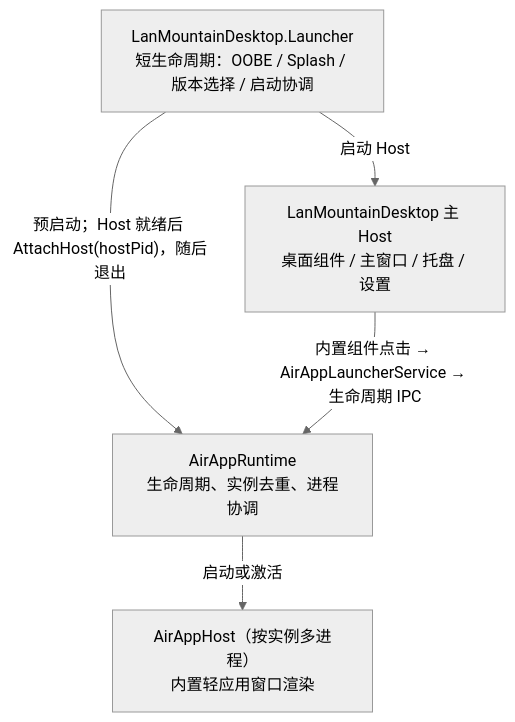
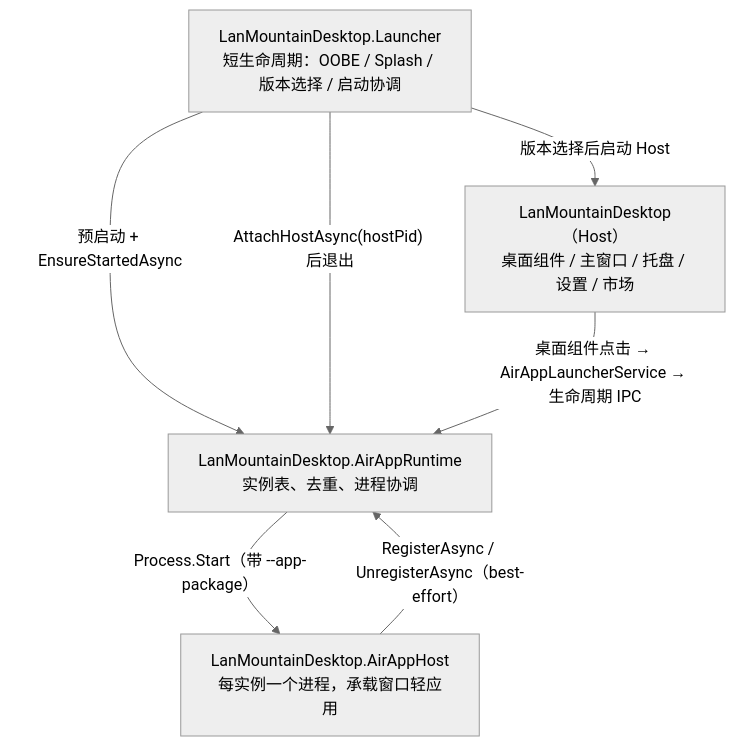
The diagram in docs/04-架构与实现/01-整体架构.md (wwiinnddyy/LanMountainDesktop), drawn with Mermaid (neutral theme) before and after one commit. The commit also changed other lines of this file and 14 other files, not shown here.

````diff
--- a/docs/04-架构与实现/01-整体架构.md
+++ b/docs/04-架构与实现/01-整体架构.md
@@ -9,12 +33,14 @@
 ```mermaid
 flowchart TD
     L["LanMountainDesktop.Launcher<br/>短生命周期：OOBE / Splash / 版本选择 / 启动协调"]
-    H["LanMountainDesktop 主 Host<br/>桌面组件 / 主窗口 / 托盘 / 设置"]
-    R["AirAppRuntime<br/>生命周期、实例去重、进程协调"]
-    A["AirAppHost（按实例多进程）<br/>内置轻应用窗口渲染"]
+    H["LanMountainDesktop（Host）<br/>桌面组件 / 主窗口 / 托盘 / 设置 / 市场"]
+    R["LanMountainDesktop.AirAppRuntime<br/>实例表、去重、进程协调"]
+    A["LanMountainDesktop.AirAppHost<br/>每实例一个进程，承载窗口轻应用"]
 
-    L -->|"启动 Host"| H
-    L -->|"预启动；Host 就绪后 AttachHost(hostPid)，随后退出"| R
-    H -->|"内置组件点击 → AirAppLauncherService → 生命周期 IPC"| R
-    R -->|"启动或激活"| A
+    L -->|"版本选择后启动 Host"| H
+    L -->|"预启动 + EnsureStartedAsync"| R
+    L -->|"AttachHostAsync(hostPid) 后退出"| R
+    H -->|"桌面组件点击 → AirAppLauncherService → 生命周期 IPC"| R
+    R -->|"Process.Start（带 --app-package）"| A
+    A -->|"RegisterAsync / UnregisterAsync（best-effort）"| R
 ```
````
